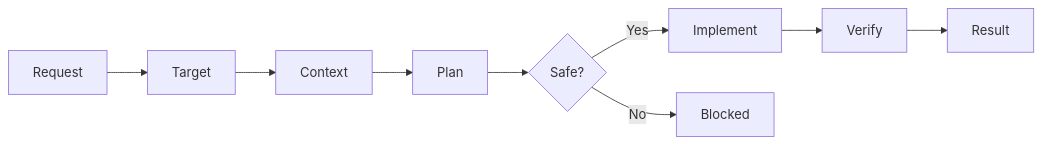
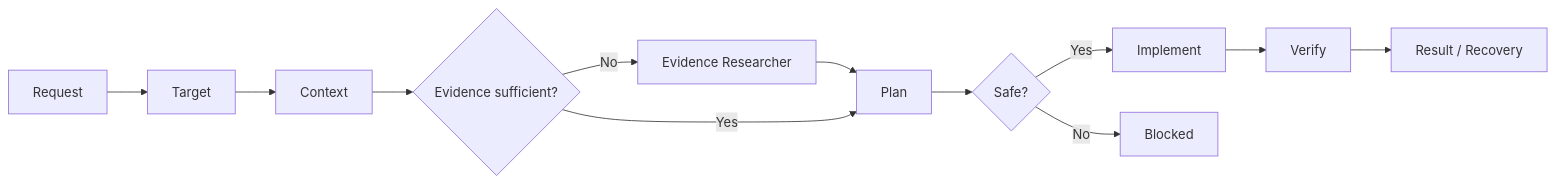
One commit to hesam-hakimi/usefull_prompt changed the diagram in README.md. Above: the diagram before and after it, drawn with Mermaid. The commit also changed other lines of this file, not shown here.

Commit message:
docs(workflow): document evidence-driven execution flow

````diff
--- a/README.md
+++ b/README.md
@@ -15,11 +16,14 @@
 ```mermaid
 flowchart LR
     A["Request"] --> B["Target"]
     B --> C["Context"]
-    C --> D["Plan"]
-    D --> E{"Safe?"}
-    E -->|Yes| F["Implement"]
-    E -->|No| X["Blocked"]
-    F --> G["Verify"]
-    G --> H["Result"]
+    C --> D{"Evidence sufficient?"}
+    D -->|No| E["Evidence Researcher"]
+    E --> F["Plan"]
+    D -->|Yes| F
+    F --> G{"Safe?"}
+    G -->|Yes| H["Implement"]
+    G -->|No| X["Blocked"]
+    H --> I["Verify"]
+    I --> J["Result / Recovery"]
 ```
````
